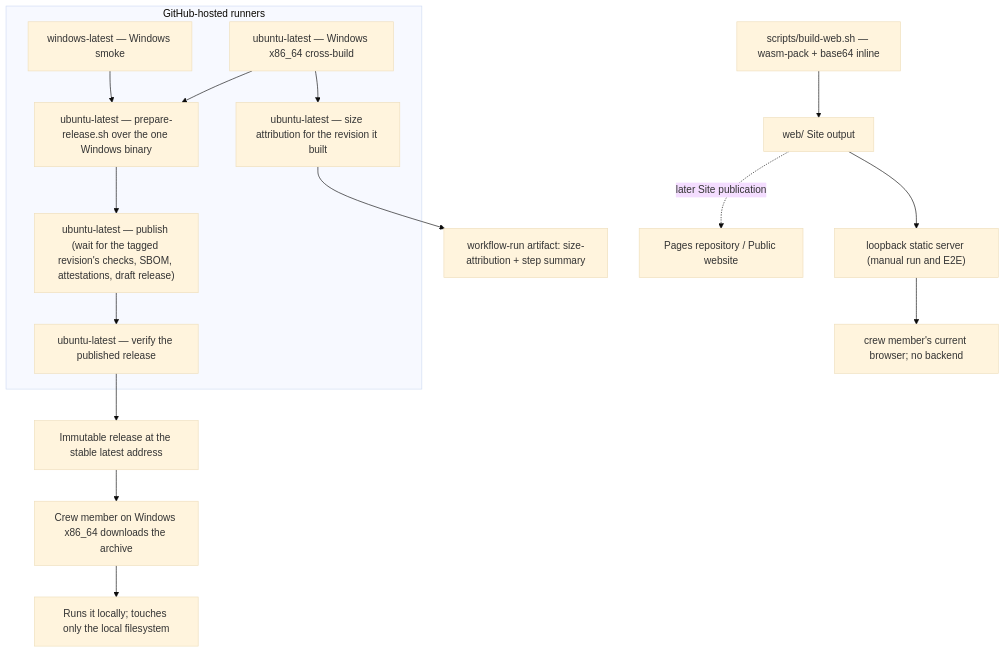
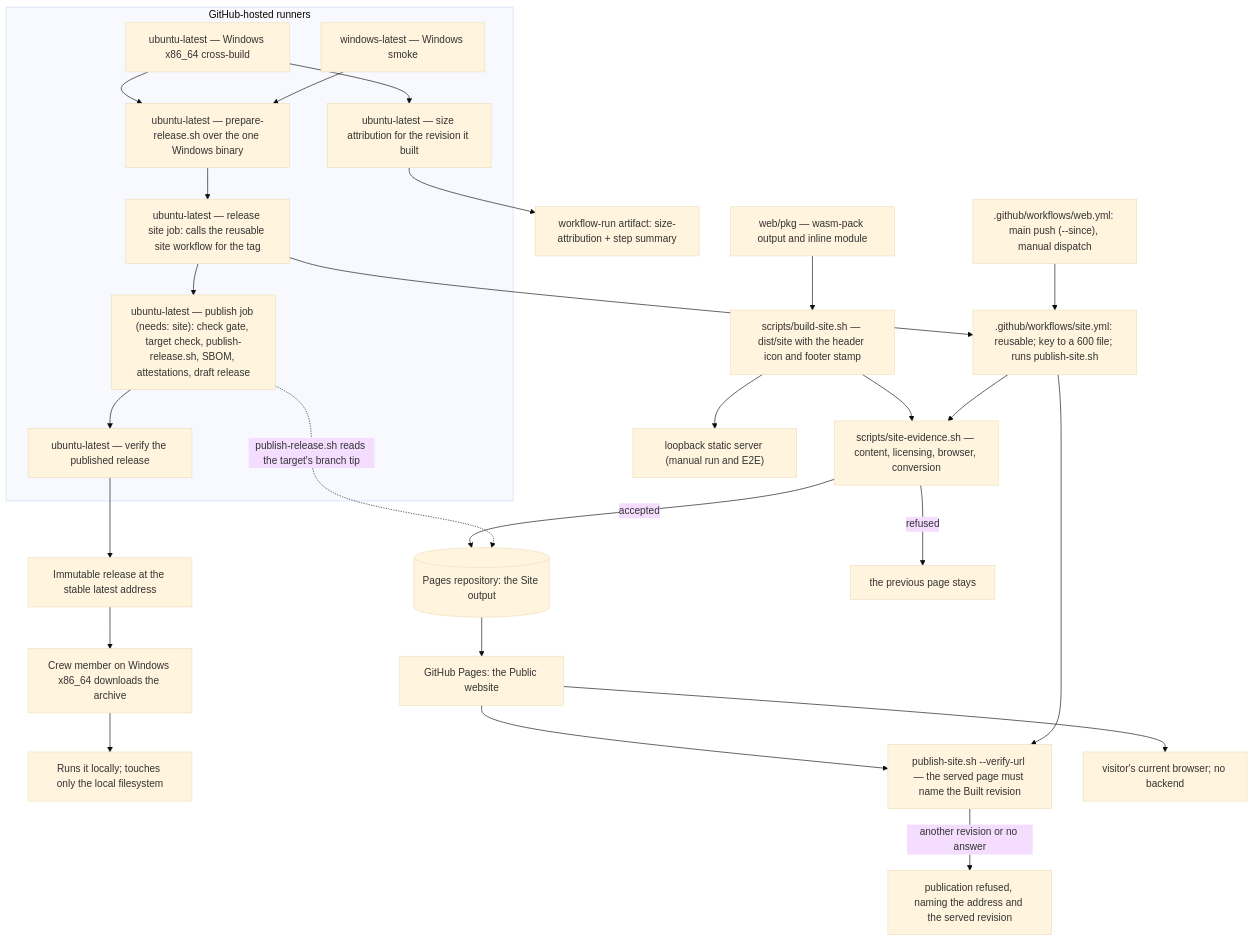
The first of 2 diagrams in docs/arc42/07-deployment-view.md (duty2cal/duty2cal), drawn with Mermaid (base theme) before and after one commit. The commit also changed other lines of this file and 34 other files, not shown here.

First line of the commit message:
chore(publish-public-website): prepare the site publication steps

````diff
--- a/docs/arc42/07-deployment-view.md
+++ b/docs/arc42/07-deployment-view.md
@@ -13,23 +15,34 @@
 ```mermaid
 flowchart TB
   subgraph host["GitHub-hosted runners"]
     b1["ubuntu-latest — Windows x86_64 cross-build"]
     attr["ubuntu-latest — size attribution for the revision it built"]
     sm["windows-latest — Windows smoke"]
     prep["ubuntu-latest — prepare-release.sh over the one Windows binary"]
-    pub["ubuntu-latest — publish (wait for the tagged revision's checks, SBOM, attestations, draft release)"]
+    sitejob["ubuntu-latest — release site job: calls the reusable site workflow for the tag"]
+    pub["ubuntu-latest — publish job (needs: site): check gate, target check, publish-release.sh, SBOM, attestations, draft release"]
     ver["ubuntu-latest — verify the published release"]
   end
   b1 --> prep
   b1 --> attr
   attr --> art["workflow-run artifact: size-attribution + step summary"]
   sm --> prep
-  prep --> pub --> ver
+  prep --> sitejob --> pub --> ver
   ver --> rel["Immutable release at the stable latest address"]
   rel --> dl["Crew member on Windows x86_64 downloads the archive"]
   dl --> run["Runs it locally; touches only the local filesystem"]
-  build["scripts/build-web.sh — wasm-pack + base64 inline"] --> site["web/ Site output"]
-  site --> loop["loopback static server (manual run and E2E)"]
-  loop --> browser["crew member's current browser; no backend"]
-  site -.->|"later Site publication"| pages["Pages repository / Public website"]
+  bundle["web/pkg — wasm-pack output and inline module"] --> assemble["scripts/build-site.sh — dist/site with the header icon and footer stamp"]
+  assemble --> gate["scripts/site-evidence.sh — content, licensing, browser, conversion"]
+  gate -->|"accepted"| pages[("Pages repository: the Site output")]
+  gate -->|"refused"| prev["the previous page stays"]
+  pages --> served["GitHub Pages: the Public website"]
+  served --> verify["publish-site.sh --verify-url — the served page must name the Built revision"]
+  verify -->|"another revision or no answer"| refusedserve["publication refused, naming the address and the served revision"]
+  served --> visitor["visitor's current browser; no backend"]
+  assemble --> loop["loopback static server (manual run and E2E)"]
+  webwf[".github/workflows/web.yml: main push (--since), manual dispatch"] --> sitewf
+  sitejob --> sitewf
+  sitewf[".github/workflows/site.yml: reusable; key to a 600 file; runs publish-site.sh"] --> gate
+  sitewf --> verify
+  pub -.->|"publish-release.sh reads the target's branch tip"| pages
 ```
````
